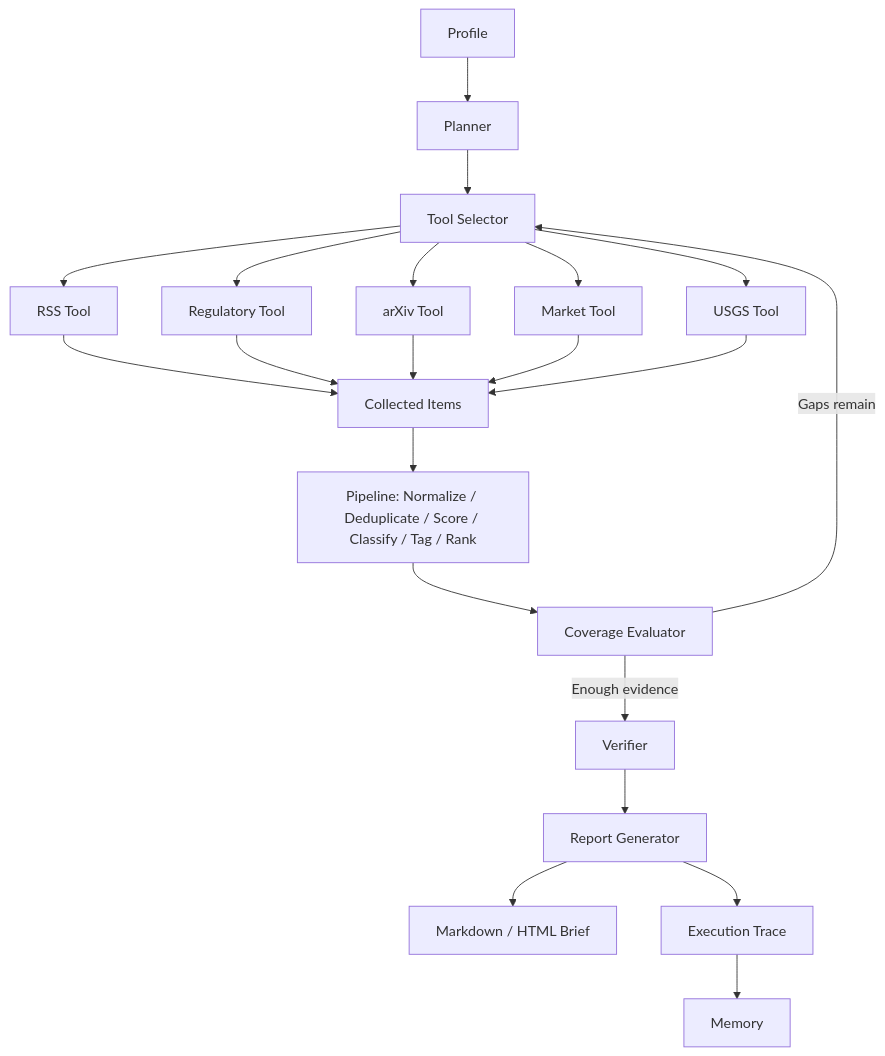
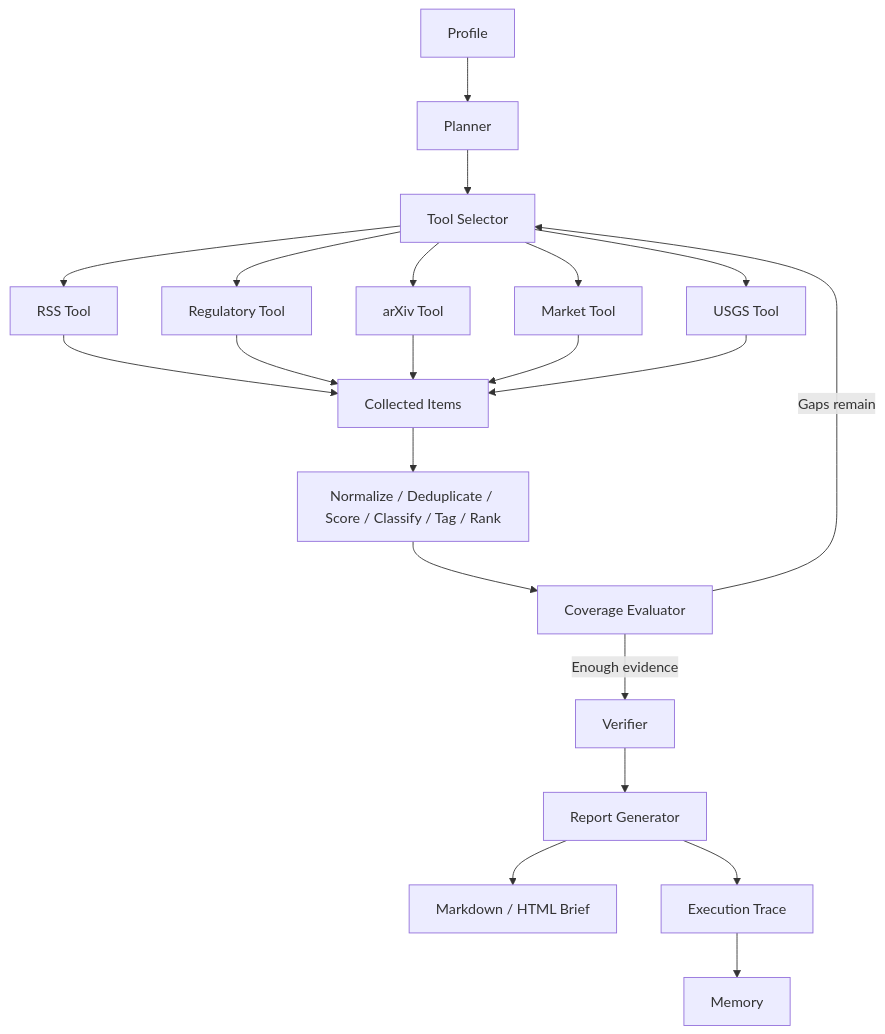
The diagram in README.md (Justin-147/risklens-ai), drawn with Mermaid before and after one commit. The commit also changed other lines of this file and 68 other files, not shown here.

````diff
--- a/README.md
+++ b/README.md
@@ -26,23 +27,23 @@
 ```mermaid
 flowchart TD
     A[Profile] --> B[Planner]
     B --> C[Tool Selector]
     C --> D1[RSS Tool]
     C --> D2[Regulatory Tool]
     C --> D3[arXiv Tool]
     C --> D4[Market Tool]
     C --> D5[USGS Tool]
     D1 --> E[Collected Items]
     D2 --> E
     D3 --> E
     D4 --> E
     D5 --> E
-    E --> F[Pipeline: Normalize / Deduplicate / Score / Classify / Tag / Rank]
+    E --> F[Normalize / Deduplicate / Score / Classify / Tag / Rank]
     F --> G[Coverage Evaluator]
     G -->|Gaps remain| C
     G -->|Enough evidence| H[Verifier]
     H --> I[Report Generator]
     I --> J[Markdown / HTML Brief]
     I --> K[Execution Trace]
     K --> L[Memory]
 ```
````
